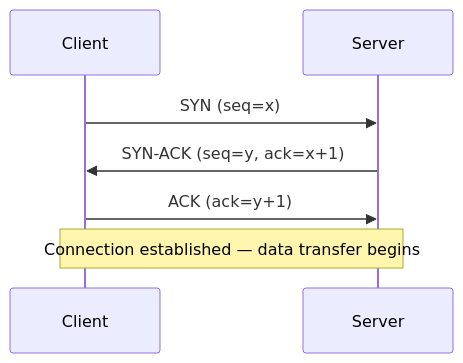
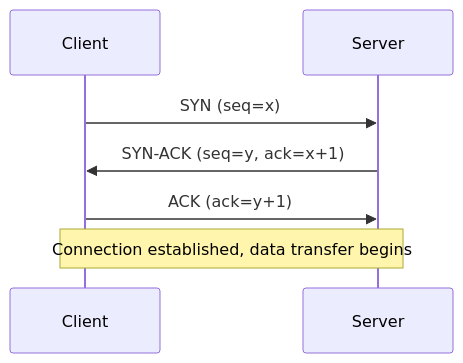
One commit to umbertocicciaa/blog-umbertodomenico-ciccia changed the second of 8 diagrams in content/posts/system-design-notes.md. Above: the diagram before and after it, drawn with Mermaid. The commit also changed other lines of this file and 24 other files, not shown here.

````diff
--- a/content/posts/system-design-notes.md
+++ b/content/posts/system-design-notes.md
@@ -194,9 +194,9 @@
 ```mermaid
 sequenceDiagram
     participant C as Client
     participant S as Server
     C->>S: SYN (seq=x)
     S->>C: SYN-ACK (seq=y, ack=x+1)
     C->>S: ACK (ack=y+1)
-    Note over C,S: Connection established — data transfer begins
+    Note over C,S: Connection established, data transfer begins
 ```
````
